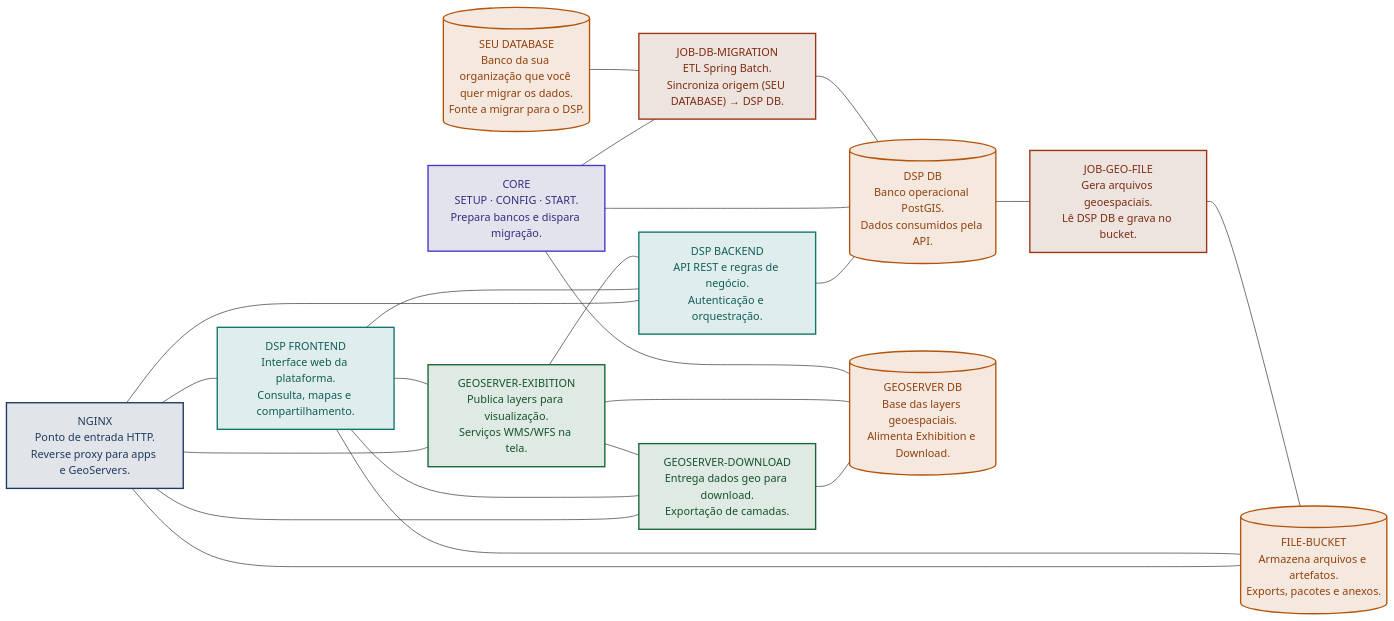
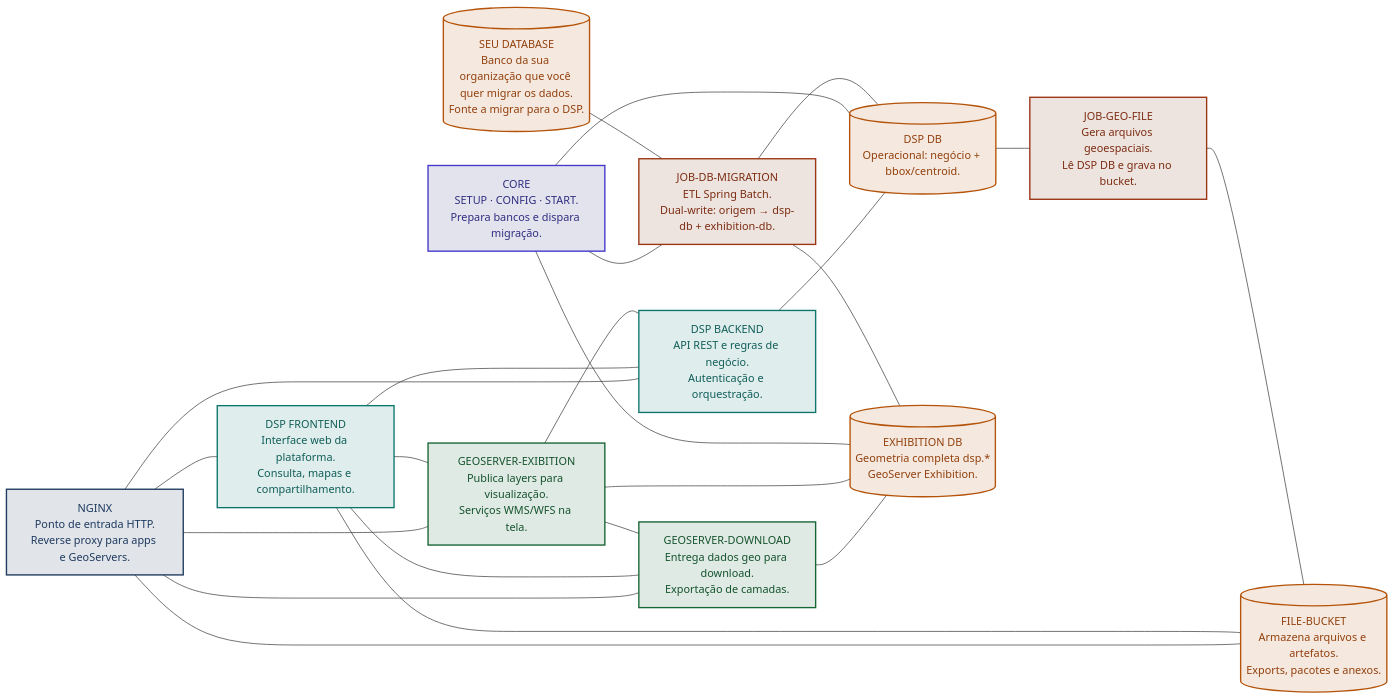
The second of 3 diagrams in docs/index.md (kleber-albino/rer-dsp-docs), drawn with Mermaid before and after one commit. The commit also changed other lines of this file and 11 other files, not shown here.

First line of the commit message:
docs: remove outdated diagram options and update migration/architecture docs for dual-db setup

````diff
--- a/docs/index.md
+++ b/docs/index.md
@@ -60,58 +60,59 @@
 ```mermaid
 flowchart LR
   srcDb[("SEU DATABASE<br/>Banco da sua organização que você quer migrar os dados.<br/>Fonte a migrar para o DSP.")]
-  jobMig["JOB-DB-MIGRATION<br/>ETL Spring Batch.<br/>Sincroniza origem (SEU DATABASE) → DSP DB."]
+  jobMig["JOB-DB-MIGRATION<br/>ETL Spring Batch.<br/>Dual-write: origem → dsp-db + exhibition-db."]
   core["CORE<br/>SETUP · CONFIG · START.<br/>Prepara bancos e dispara migração."]
   jobGeo["JOB-GEO-FILE<br/>Gera arquivos geoespaciais.<br/>Lê DSP DB e grava no bucket."]
 
-  dspDb[("DSP DB<br/>Banco operacional PostGIS.<br/>Dados consumidos pela API.")]
-  gsDb[("GEOSERVER DB<br/>Base das layers geoespaciais.<br/>Alimenta Exhibition e Download.")]
+  dspDb[("DSP DB<br/>Operacional: negócio + bbox/centroid.")]
+  gsDb[("EXHIBITION DB<br/>Geometria completa dsp.*<br/>GeoServer Exhibition.")]
   bucket[("FILE-BUCKET<br/>Armazena arquivos e artefatos.<br/>Exports, pacotes e anexos.")]
 
   be["DSP BACKEND<br/>API REST e regras de negócio.<br/>Autenticação e orquestração."]
   fe["DSP FRONTEND<br/>Interface web da plataforma.<br/>Consulta, mapas e compartilhamento."]
 
   gsEx["GEOSERVER-EXIBITION<br/>Publica layers para visualização.<br/>Serviços WMS/WFS na tela."]
   gsDl["GEOSERVER-DOWNLOAD<br/>Entrega dados geo para download.<br/>Exportação de camadas."]
 
   nginx["NGINX<br/>Ponto de entrada HTTP.<br/>Reverse proxy para apps e GeoServers."]
 
   srcDb --- jobMig
   jobMig --- dspDb
+  jobMig --- gsDb
   core --- jobMig
   core --- dspDb
   core --- gsDb
   dspDb --- jobGeo
   jobGeo --- bucket
 
   be --- dspDb
   gsEx --- gsDb
   gsDl --- gsDb
   gsEx --- be
   gsEx --- gsDl
 
   fe --- be
   fe --- bucket
   fe --- gsEx
   fe --- gsDl
 
   nginx --- fe
   nginx --- be
   nginx --- gsEx
   nginx --- gsDl
   nginx --- bucket
 
   classDef gw fill:#1e3a5f22,color:#1e3a5f,stroke:#1e3a5f,stroke-width:2px
   classDef app fill:#0f766e22,color:#115e59,stroke:#0f766e,stroke-width:2px
   classDef geoCls fill:#16653422,color:#14532d,stroke:#166534,stroke-width:2px
   classDef db fill:#b4530922,color:#92400e,stroke:#b45309,stroke-width:2px
   classDef job fill:#7c2d1222,color:#7c2d12,stroke:#9a3412,stroke-width:2px
   classDef coreCls fill:#312e8122,color:#312e81,stroke:#4338ca,stroke-width:2px
 
   class nginx gw
   class fe,be app
   class gsEx,gsDl geoCls
   class dspDb,gsDb,srcDb,bucket db
   class jobMig,jobGeo job
   class core coreCls
 ```
````
